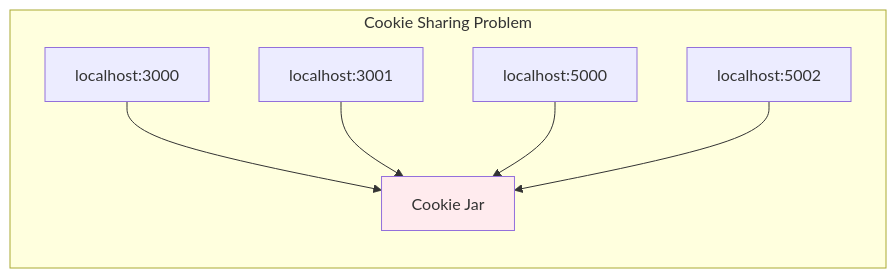
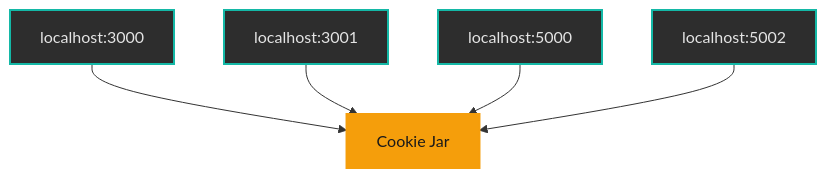
The second of 2 diagrams in _posts/2025-06-28-better-local-development-with-localhost-subdomains.md (ibnuh/ibnuh.github.io), drawn with Mermaid before and after one commit. The commit also changed other lines of this file and 2 other files, not shown here.

Commit message:
Proper mermaid

````diff
--- a/_posts/2025-06-28-better-local-development-with-localhost-subdomains.md
+++ b/_posts/2025-06-28-better-local-development-with-localhost-subdomains.md
@@ -75,11 +74,13 @@
 ```mermaid
-graph LR
-    subgraph "Cookie Sharing Problem"
-        A[localhost:3000] --> B[Cookie Jar]
-        C[localhost:3001] --> B
-        D[localhost:5000] --> B
-        E[localhost:5002] --> B
-    end
+graph TB
+    A[localhost:3000] --> B[Cookie Jar]
+    C[localhost:3001] --> B
+    D[localhost:5000] --> B
+    E[localhost:5002] --> B
     
-    style B fill:#ffebee
+    classDef portNode fill:#2d2d2d,stroke:#14b8a6,stroke-width:2px,color:#e4e4e4
+    classDef cookieNode fill:#f59e0b,stroke:#f59e0b,stroke-width:2px,color:#1a1a1a
+    
+    class A,C,D,E portNode
+    class B cookieNode
 ```
````
